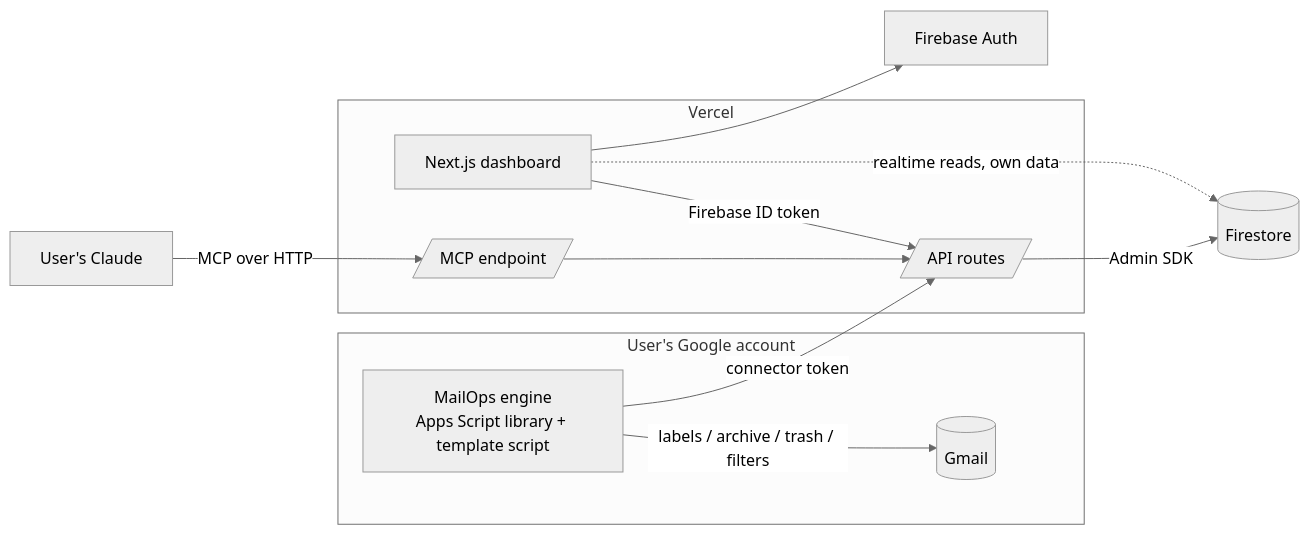
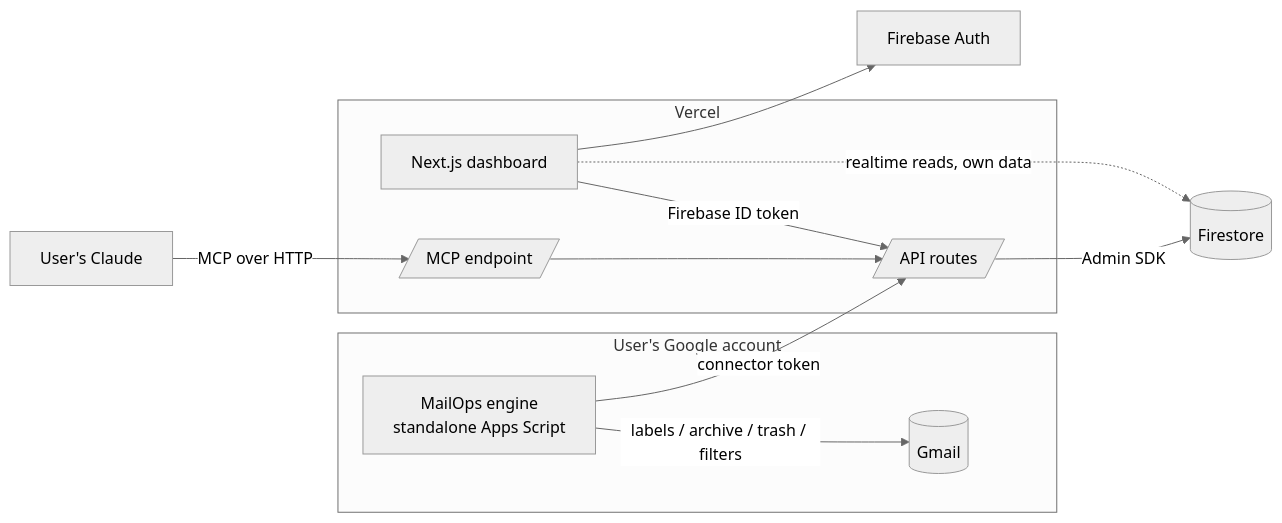
The diagram in docs/architecture.md (pratham-v0827/mailops), drawn with Mermaid (neutral theme) before and after one commit. The commit also changed other lines of this file and 56 other files, not shown here.

````diff
--- a/docs/architecture.md
+++ b/docs/architecture.md
@@ -12,23 +12,23 @@
 ```mermaid
 flowchart LR
   subgraph User's Google account
-    E[MailOps engine<br/>Apps Script library + template script]
+    E[MailOps engine<br/>standalone Apps Script]
     G[(Gmail)]
     E -- labels / archive / trash / filters --> G
   end
   subgraph Vercel
     W[Next.js dashboard]
     API[/API routes/]
     MCP[/MCP endpoint/]
   end
   FS[(Firestore)]
   AUTH[Firebase Auth]
   C[User's Claude]
 
   E -- connector token --> API
   W -- Firebase ID token --> API
   W -. realtime reads, own data .-> FS
   API -- Admin SDK --> FS
   W --> AUTH
   C -- MCP over HTTP --> MCP --> API
 ```
````
